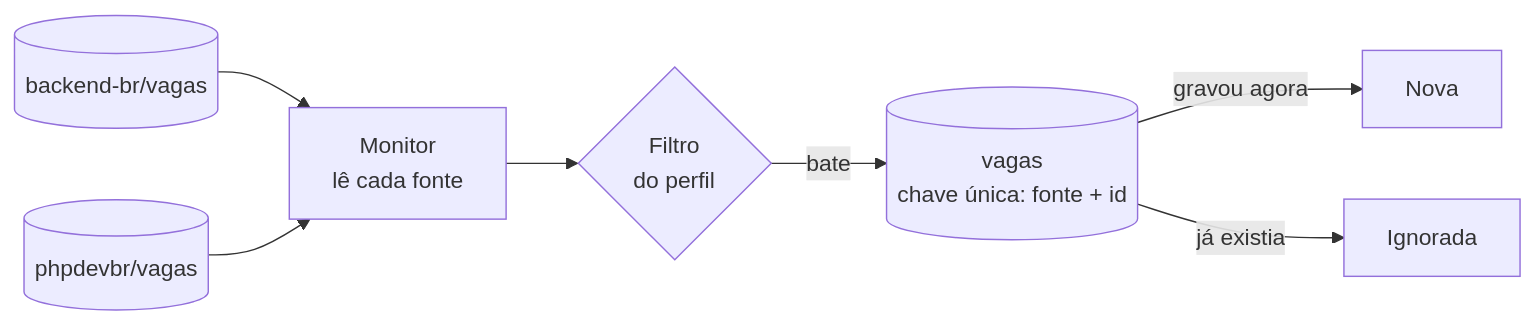
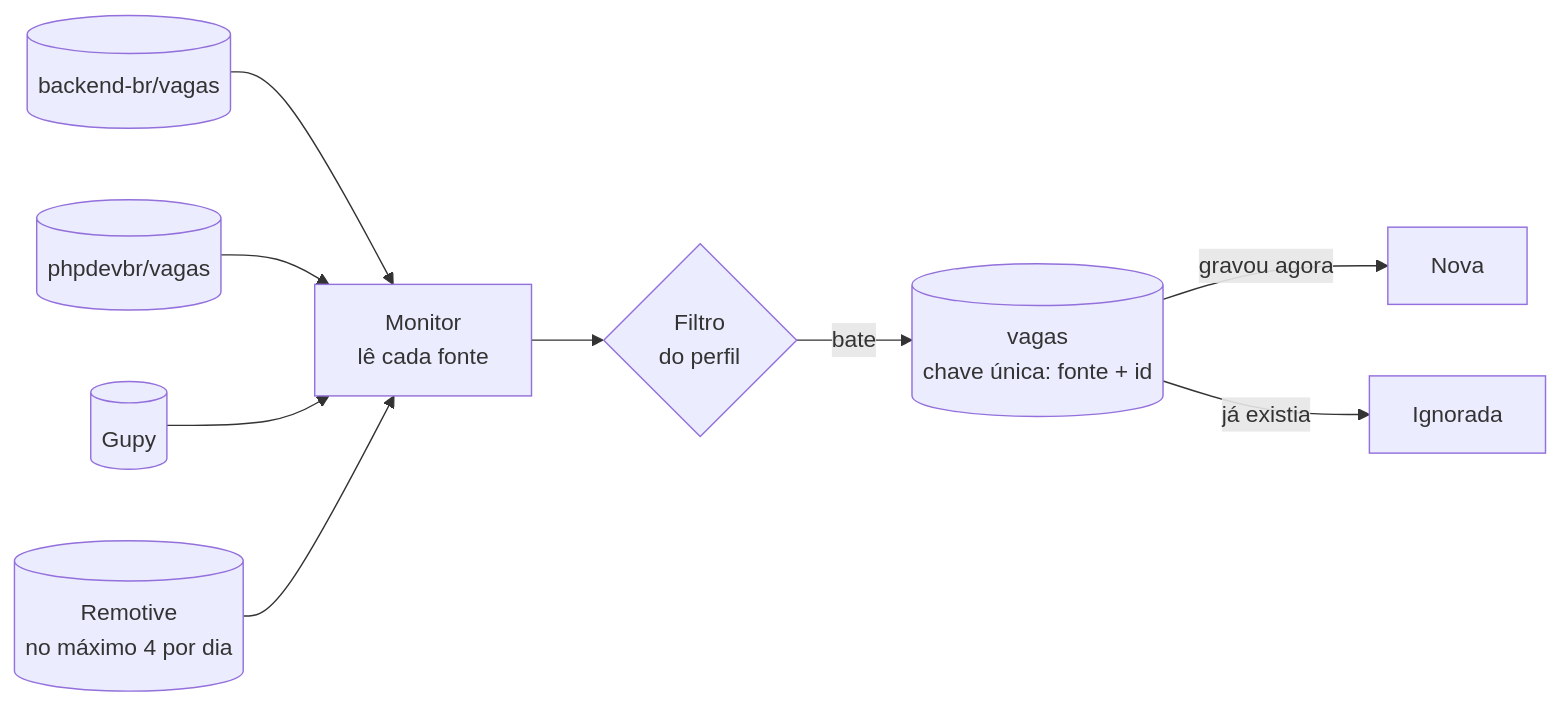
One commit to Canhao43/monitor-de-vagas changed the diagram in README.md. Above: the diagram before and after it, drawn with Mermaid. The commit also changed other lines of this file, not shown here.

````diff
--- a/README.md
+++ b/README.md
@@ -54,9 +58,11 @@
 ```mermaid
 flowchart LR
     F1[(backend-br/vagas)] --> M
     F2[(phpdevbr/vagas)] --> M
+    F3[(Gupy)] --> M
+    F4[("Remotive<br/>no máximo 4 por dia")] --> M
     M["Monitor<br/>lê cada fonte"] --> FI{"Filtro<br/>do perfil"}
     FI -->|bate| DB[("vagas<br/>chave única: fonte + id")]
     DB -->|"gravou agora"| N["Nova"]
     DB -->|"já existia"| X["Ignorada"]
 ```
````
